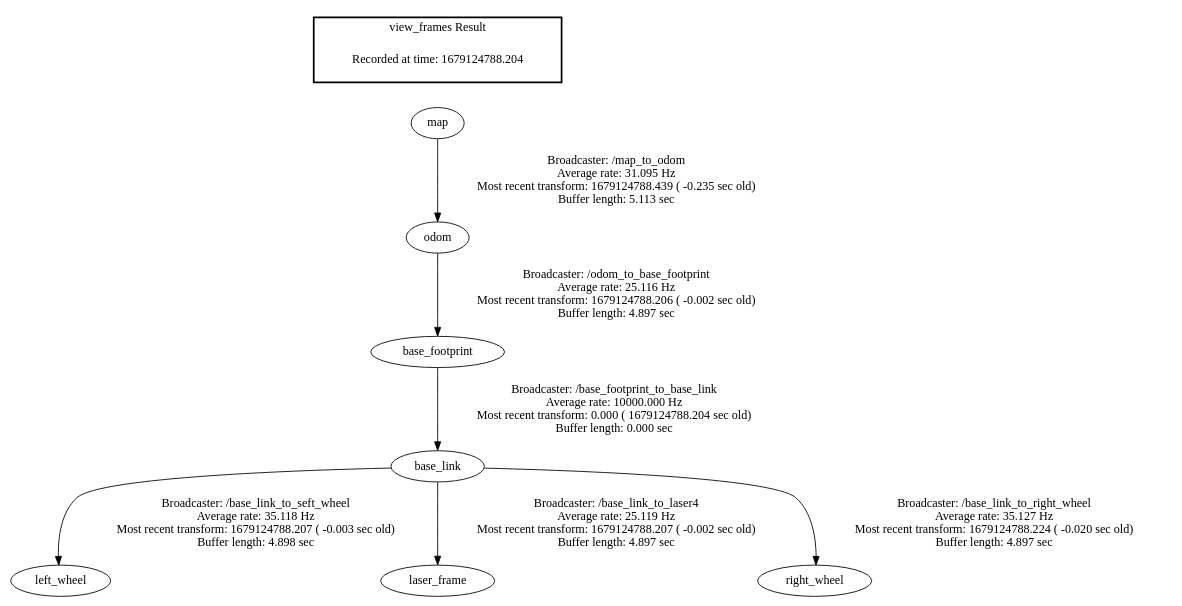
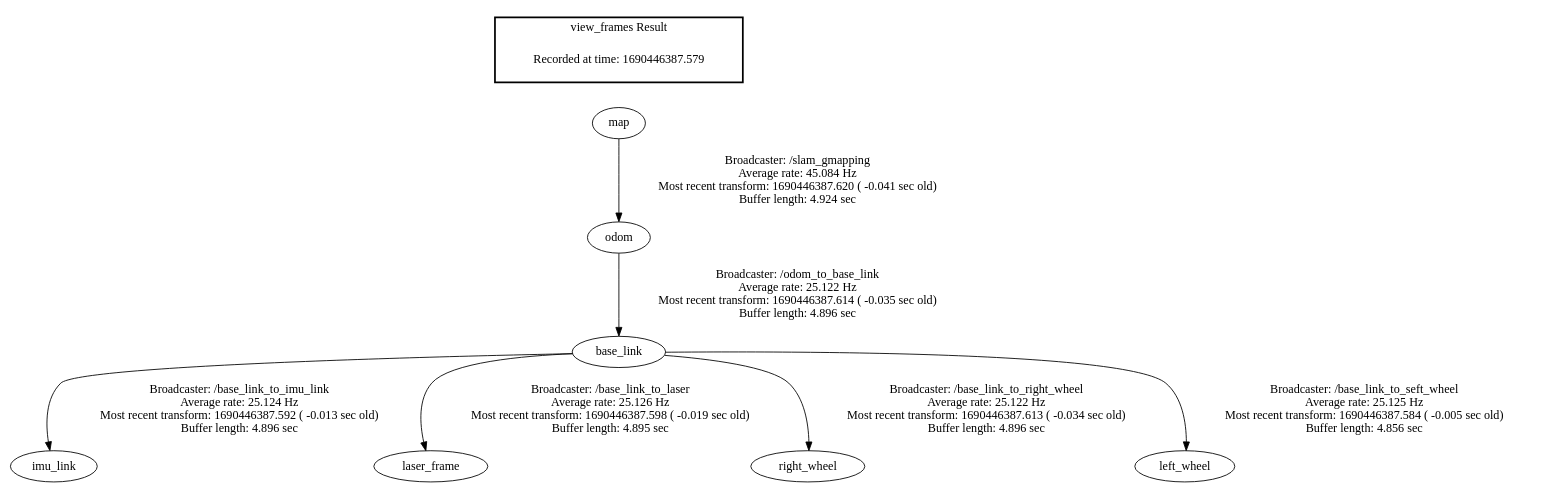
The diagram in frames.gv (mulempyo/my_first_ros_robot), drawn with Graphviz before and after one commit. The commit also changed 588 other files, not shown here.

```diff
--- a/frames.gv
+++ b/frames.gv
@@ -1,12 +1,12 @@
 digraph G {
-"base_footprint" -> "base_link"[label="Broadcaster: /base_footprint_to_base_link\nAverage rate: 10000.000 Hz\nMost recent transform: 0.000 ( 1679124788.204 sec old)\nBuffer length: 0.000 sec\n"];
-"odom" -> "base_footprint"[label="Broadcaster: /odom_to_base_footprint\nAverage rate: 25.116 Hz\nMost recent transform: 1679124788.206 ( -0.002 sec old)\nBuffer length: 4.897 sec\n"];
-"base_link" -> "left_wheel"[label="Broadcaster: /base_link_to_seft_wheel\nAverage rate: 35.118 Hz\nMost recent transform: 1679124788.207 ( -0.003 sec old)\nBuffer length: 4.898 sec\n"];
-"base_link" -> "laser_frame"[label="Broadcaster: /base_link_to_laser4\nAverage rate: 25.119 Hz\nMost recent transform: 1679124788.207 ( -0.002 sec old)\nBuffer length: 4.897 sec\n"];
-"map" -> "odom"[label="Broadcaster: /map_to_odom\nAverage rate: 31.095 Hz\nMost recent transform: 1679124788.439 ( -0.235 sec old)\nBuffer length: 5.113 sec\n"];
-"base_link" -> "right_wheel"[label="Broadcaster: /base_link_to_right_wheel\nAverage rate: 35.127 Hz\nMost recent transform: 1679124788.224 ( -0.020 sec old)\nBuffer length: 4.897 sec\n"];
+"base_link" -> "imu_link"[label="Broadcaster: /base_link_to_imu_link\nAverage rate: 25.124 Hz\nMost recent transform: 1690446387.592 ( -0.013 sec old)\nBuffer length: 4.896 sec\n"];
+"odom" -> "base_link"[label="Broadcaster: /odom_to_base_link\nAverage rate: 25.122 Hz\nMost recent transform: 1690446387.614 ( -0.035 sec old)\nBuffer length: 4.896 sec\n"];
+"map" -> "odom"[label="Broadcaster: /slam_gmapping\nAverage rate: 45.084 Hz\nMost recent transform: 1690446387.620 ( -0.041 sec old)\nBuffer length: 4.924 sec\n"];
+"base_link" -> "laser_frame"[label="Broadcaster: /base_link_to_laser\nAverage rate: 25.126 Hz\nMost recent transform: 1690446387.598 ( -0.019 sec old)\nBuffer length: 4.895 sec\n"];
+"base_link" -> "right_wheel"[label="Broadcaster: /base_link_to_right_wheel\nAverage rate: 25.122 Hz\nMost recent transform: 1690446387.613 ( -0.034 sec old)\nBuffer length: 4.896 sec\n"];
+"base_link" -> "left_wheel"[label="Broadcaster: /base_link_to_seft_wheel\nAverage rate: 25.125 Hz\nMost recent transform: 1690446387.584 ( -0.005 sec old)\nBuffer length: 4.856 sec\n"];
 edge [style=invis];
  subgraph cluster_legend { style=bold; color=black; label ="view_frames Result";
-"Recorded at time: 1679124788.204"[ shape=plaintext ] ;
+"Recorded at time: 1690446387.579"[ shape=plaintext ] ;
  }->"map";
 }
```
